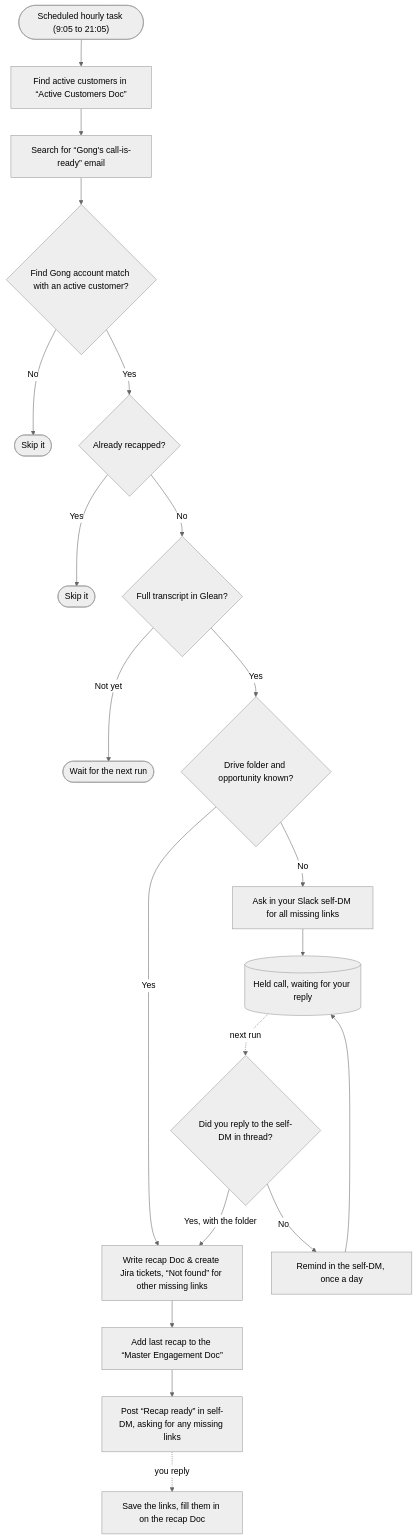
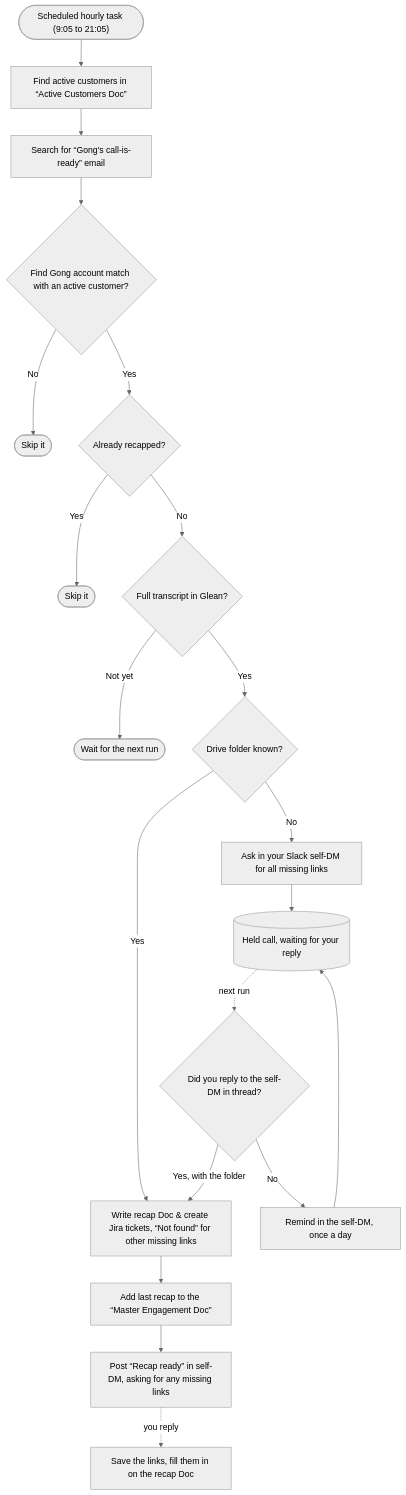
One commit to maya-sandler/ai-sa-skills changed the diagram in README.md. Above: the diagram before and after it, drawn with Mermaid (neutral theme). The commit also changed other lines of this file and 2 other files, not shown here.

First line of the commit message:
Recap check: an unclear opportunity no longer holds the recap

````diff
--- a/README.md
+++ b/README.md
@@ -169,20 +169,20 @@
 ```mermaid
 flowchart TD
     T(["Scheduled hourly task (9:05 to 21:05)"]) --> AC[Find active customers in “Active Customers Doc”]
     AC --> E[Search for “Gong's call-is-ready” email]
     E --> C{Find Gong account match with an active customer?}
     C -- No --> X([Skip it])
     C -- Yes --> D{Already recapped?}
     D -- Yes --> X2([Skip it])
     D -- No --> TR{Full transcript in Glean?}
     TR -- Not yet --> W([Wait for the next run])
-    TR -- Yes --> DF{Drive folder and opportunity known?}
+    TR -- Yes --> DF{Drive folder known?}
     DF -- Yes --> R
     DF -- No --> Q2[Ask in your Slack self-DM for all missing links] --> H[(Held call, waiting for your reply)]
     H -. next run .-> RP{Did you reply to the self-DM in thread?}
     RP -- Yes, with the folder --> R
     RP -- No --> RM[Remind in the self-DM, once a day] --> H
     R["Write recap Doc & create Jira tickets, “Not found” for other missing links"] --> SN[Add last recap to the “Master Engagement Doc”]
     SN --> P[Post “Recap ready” in self-DM, asking for any missing links]
     P -. you reply .-> U[Save the links, fill them in on the recap Doc]
 ```
````
